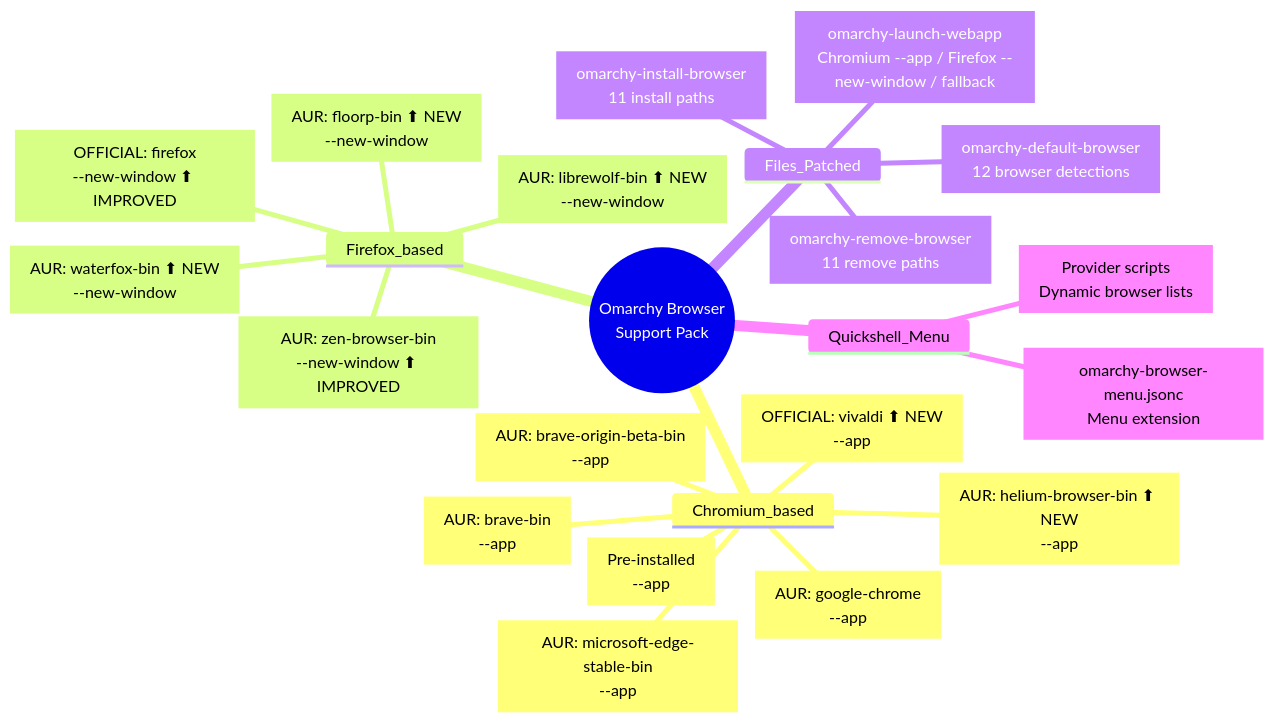
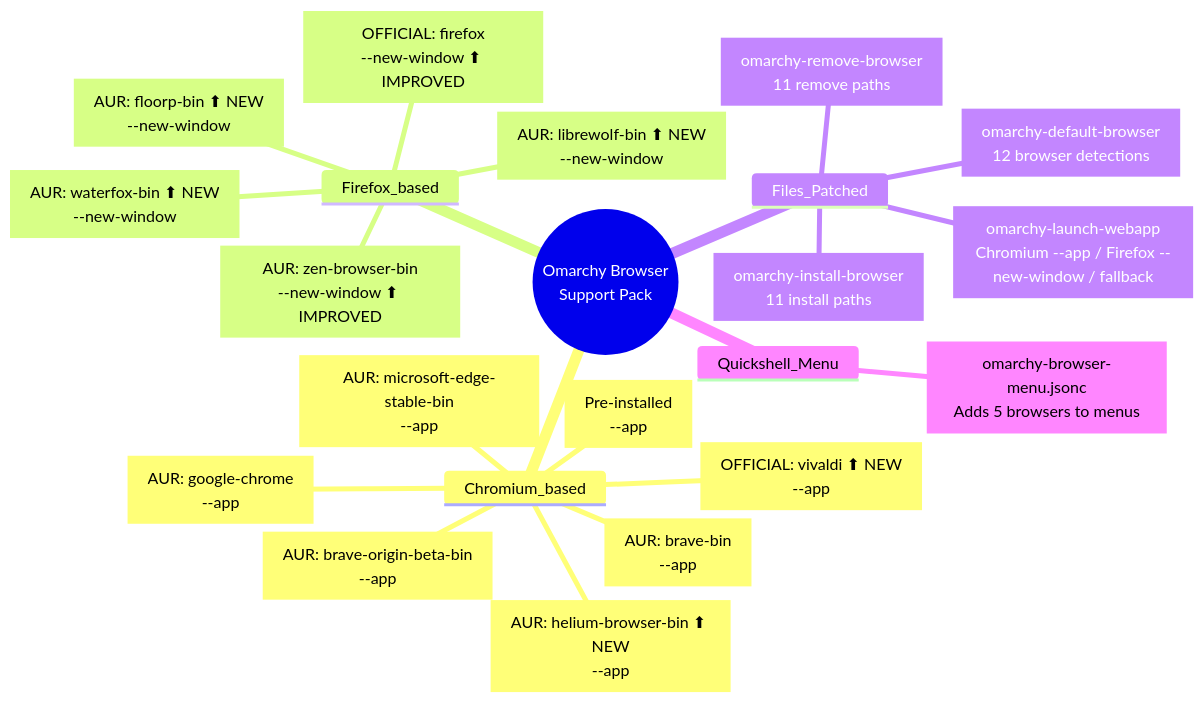
One commit to hembramnishant50-glitch/omarchy-browser-support changed the diagram in MINDMAP.md. Above: the diagram before and after it, drawn with Mermaid. The commit also changed other lines of this file and 5 other files, not shown here.

````diff
--- a/MINDMAP.md
+++ b/MINDMAP.md
@@ -1,26 +1,25 @@
 ```mermaid
 mindmap
   root((Omarchy Browser<br/>Support Pack))
     Chromium_based
       Chromium["Pre-installed<br/>--app"]
       Chrome["AUR: google-chrome<br/>--app"]
       Brave["AUR: brave-bin<br/>--app"]
       Brave_Origin["AUR: brave-origin-beta-bin<br/>--app"]
       Edge["AUR: microsoft-edge-stable-bin<br/>--app"]
       Vivaldi["OFFICIAL: vivaldi ⬆ NEW<br/>--app"]
       Helium["AUR: helium-browser-bin ⬆ NEW<br/>--app"]
     Firefox_based
       Firefox["OFFICIAL: firefox<br/>--new-window ⬆ IMPROVED"]
       Zen["AUR: zen-browser-bin<br/>--new-window ⬆ IMPROVED"]
       Floorp["AUR: floorp-bin ⬆ NEW<br/>--new-window"]
       Waterfox["AUR: waterfox-bin ⬆ NEW<br/>--new-window"]
       LibreWolf["AUR: librewolf-bin ⬆ NEW<br/>--new-window"]
     Files_Patched
       default_browser["omarchy-default-browser<br/>12 browser detections"]
       install_browser["omarchy-install-browser<br/>11 install paths"]
       remove_browser["omarchy-remove-browser<br/>11 remove paths"]
       webapp["omarchy-launch-webapp<br/>Chromium --app / Firefox --new-window / fallback"]
     Quickshell_Menu
-      jsonc["omarchy-browser-menu.jsonc<br/>Menu extension"]
-      providers["Provider scripts<br/>Dynamic browser lists"]
+      jsonc["omarchy-browser-menu.jsonc<br/>Adds 5 browsers to menus"]
 ```
````
